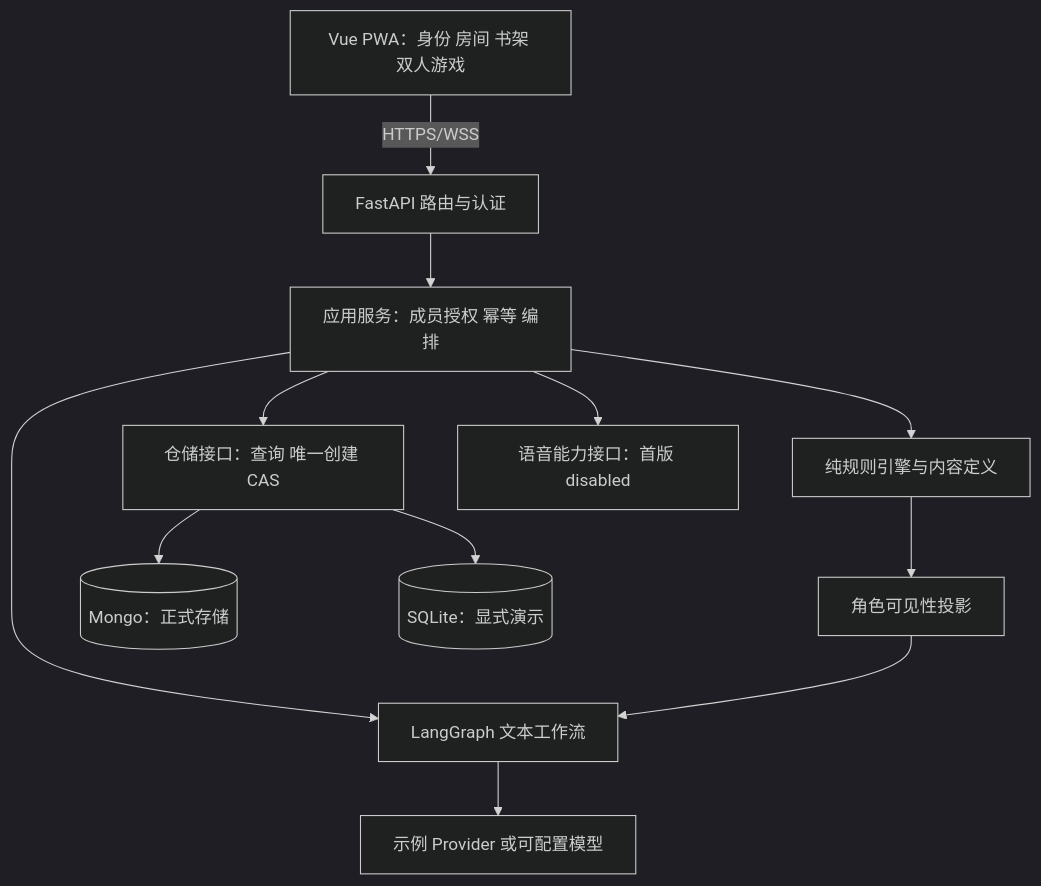
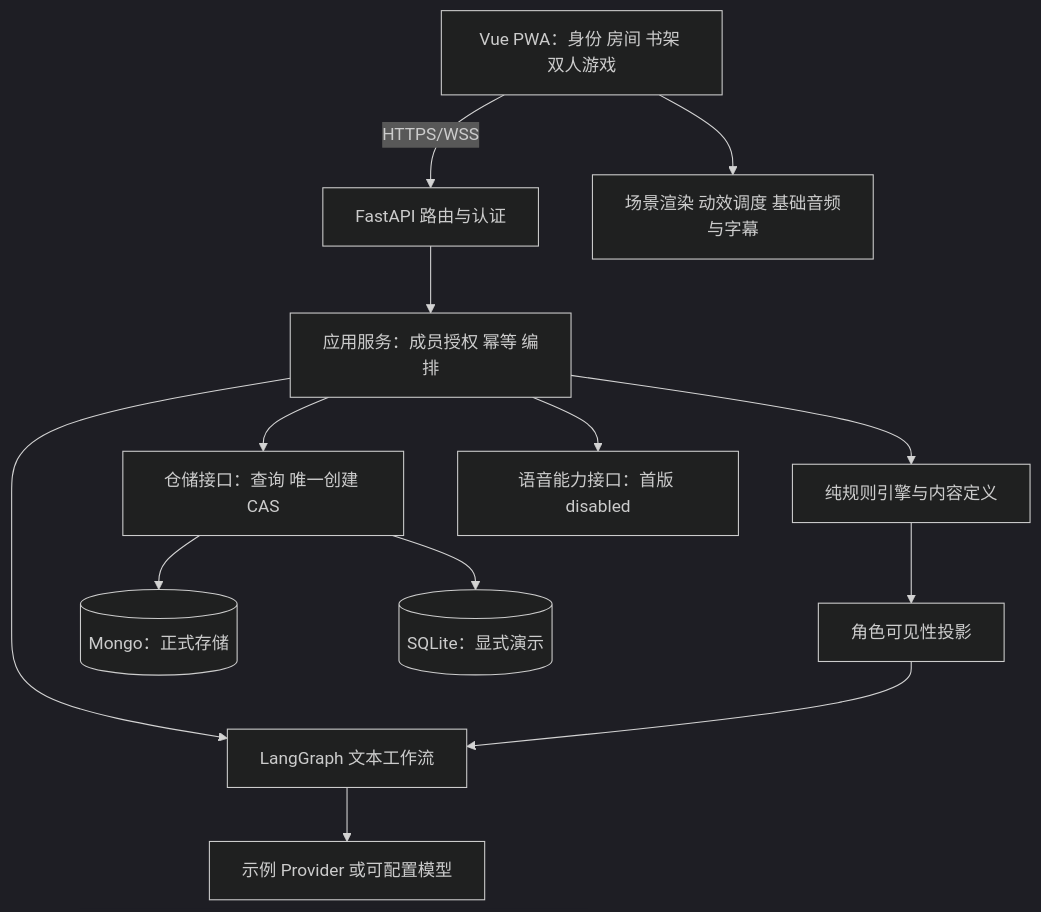
The first of 3 diagrams in docs/03-技术架构与数据接口.md (ajsjsjjbshshsj/two-worlds-agent-game), drawn with Mermaid (dark theme) before and after one commit. The commit also changed other lines of this file and 12 other files, not shown here.

````diff
--- a/docs/03-技术架构与数据接口.md
+++ b/docs/03-技术架构与数据接口.md
@@ -40,14 +42,15 @@
 ```mermaid
 flowchart TB
     U[Vue PWA：身份 房间 书架 双人游戏] -->|HTTPS/WSS| API[FastAPI 路由与认证]
+    U --> MEDIA[场景渲染 动效调度 基础音频与字幕]
     API --> APP[应用服务：成员授权 幂等 编排]
     APP --> RULE[纯规则引擎与内容定义]
     RULE --> PROJECT[角色可见性投影]
     APP --> REPO[仓储接口：查询 唯一创建 CAS]
     REPO --> MONGO[(Mongo：正式存储)]
     REPO --> SQLITE[(SQLite：显式演示)]
     APP --> AI[LangGraph 文本工作流]
     PROJECT --> AI
     AI --> PROVIDER[示例 Provider 或可配置模型]
     APP --> VOICE[语音能力接口：首版 disabled]
 ```
````
